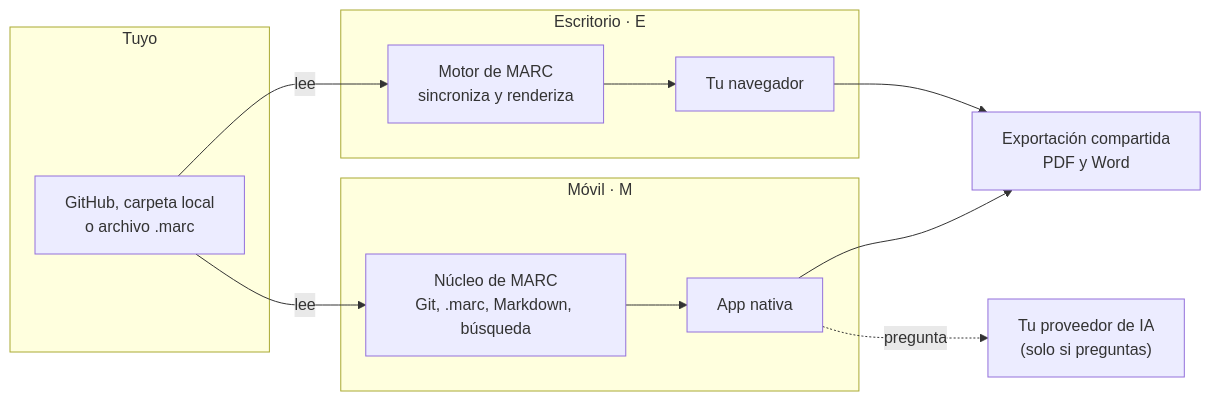
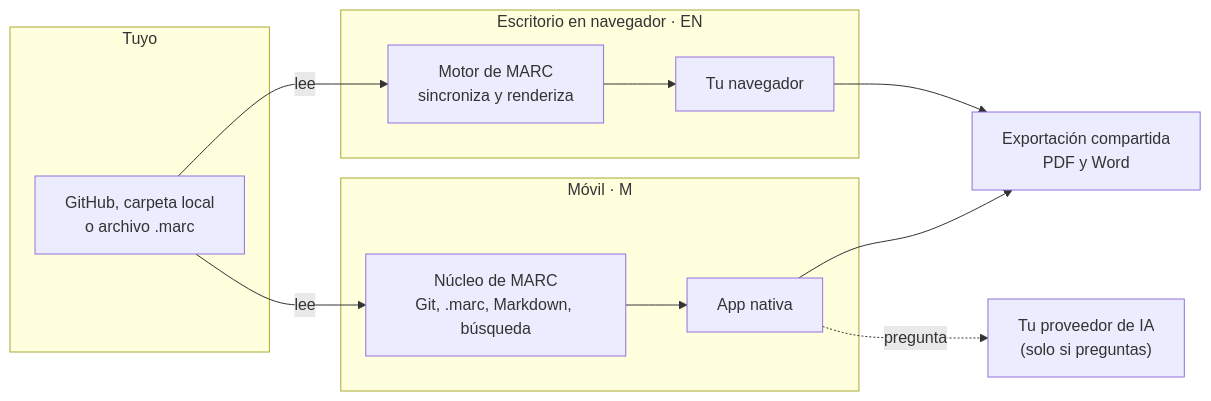
The diagram in 12 Créditos.md (Anton-Bazh/MARC-DOC), drawn with Mermaid before and after one commit. The commit also changed other lines of this file and 7 other files, not shown here.

````diff
--- a/12 Créditos.md
+++ b/12 Créditos.md
@@ -13,22 +13,22 @@
 ```mermaid
 flowchart LR
     subgraph Tuyo["Tuyo"]
         REPO["GitHub, carpeta local<br/>o archivo .marc"]
     end
-    subgraph E["Escritorio · E"]
+    subgraph E["Escritorio en navegador · EN"]
         MOTOR["Motor de MARC<br/>sincroniza y renderiza"]
         NAV["Tu navegador"]
     end
     subgraph M["Móvil · M"]
         NUCLEO["Núcleo de MARC<br/>Git, .marc, Markdown, búsqueda"]
         APP["App nativa"]
     end
     EXP["Exportación compartida<br/>PDF y Word"]
     IA["Tu proveedor de IA<br/>(solo si preguntas)"]
 
     REPO -- "lee" --> MOTOR --> NAV
     REPO -- "lee" --> NUCLEO --> APP
     NAV --> EXP
     APP --> EXP
     APP -. "pregunta" .-> IA
 ```
````
